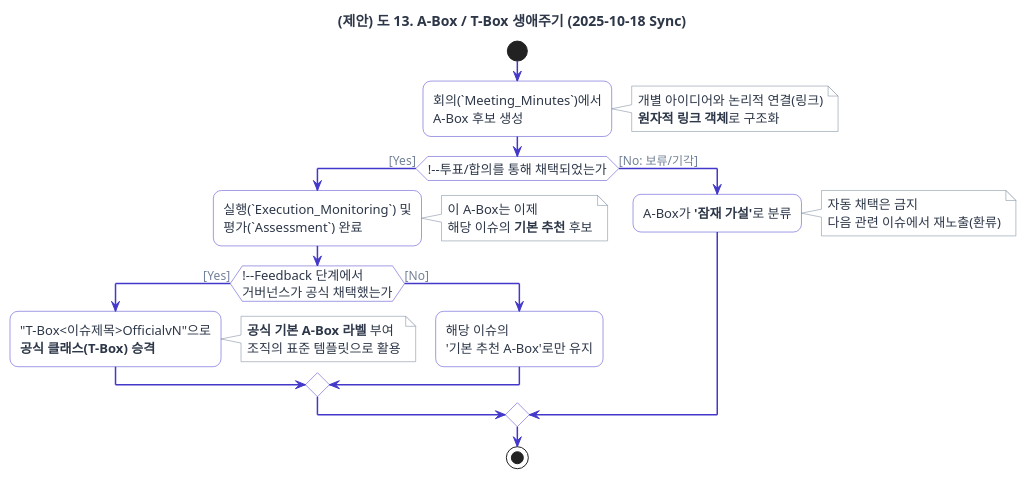
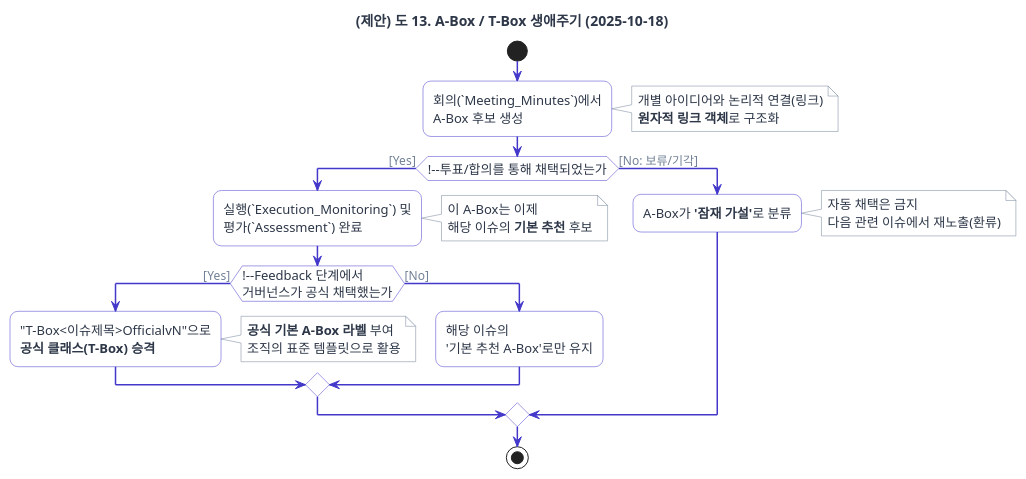
Before and after one commit to hamnYK/worflogyTemp: the diagram in diagrams/14_abox_tbox_lifecycle.puml, drawn with PlantUML. The commit also changed 14 other files, not shown here.

```diff
--- a/diagrams/14_abox_tbox_lifecycle.puml
+++ b/diagrams/14_abox_tbox_lifecycle.puml
@@ -1,123 +1,123 @@
 @startuml
 
-title (제안) 도 13. A-Box / T-Box 생애주기 (2025-10-18 Sync)
+title (제안) 도 13. A-Box / T-Box 생애주기 (2025-10-18)
 
 '================================================================
 ' Worflogy.com Website Theme for PlantUML
 '================================================================
 
 '// 1. 전역 스타일 (Global Style & Fonts) //
 skinparam backgroundColor #ffffff
 skinparam defaultFontName "Pretendard"
 skinparam defaultFontSize 13
 skinparam defaultFontColor #2D3748
 skinparam shadowing false
 skinparam roundCorner 16
 
 '// 2. 화살표 및 연결선 스타일 (Arrow & Connector Style) //
 skinparam ArrowColor #718096
 skinparam ArrowThickness 1.5
 skinparam ArrowFontColor #718096
 skinparam ArrowFontSize 12
 skinparam linetype ortho
 
 '// 3. 기본 요소 스타일 (Standard Elements Style) //
 skinparam card {
   BackgroundColor #ffffff
   BorderColor #718096
 }
 skinparam note {
   BackgroundColor #ffffff
   BorderColor #718096
   FontColor #2D3748
 }
 skinparam component {
   BackgroundColor #ffffff
   BorderColor #718096
 }
 skinparam package {
   BackgroundColor #ffffff
   BorderColor #718096
 }
 skinparam database {
   BackgroundColor #ffffff
   BorderColor #718096
 }
 ' [추가] 파티션(Partition) 스타일 정의
 skinparam partition {
   BackgroundColor #F4F6F8 ' 웹사이트의 연한 배경색으로 구분감 부여
   BorderColor #718096
   FontColor #2D3748
 }
 
 '// 4. 강조 요소 스타일 (Accent Elements Style) //
 skinparam actor {
   BackgroundColor #4338CA
   BorderColor #4338CA
   FontColor #ffffff
 }
 skinparam participant {
   BackgroundColor #4338CA
   BorderColor #4338CA
   FontColor #ffffff
 }
 skinparam usecase {
   BackgroundColor #ffffff
   BorderColor #4338CA
   ArrowColor #4338CA
 }
 skinparam activity {
   BackgroundColor #ffffff
   BorderColor #4338CA
   FontColor #2D3748
 }
 
 '// 5. 클래스 다이어그램 스타일 (Class Diagram Style) //
 skinparam class {
   BackgroundColor #ffffff
   BorderColor #718096 ' [수정] 테두리 색상 변경
   HeaderBackgroundColor #4338CA
   FontColor #ffffff
   AttributeFontColor #2D3748
   AttributeFontSize 12
 }
 
 '================================================================
 
 ' Flow
 start
 
 :회의(`Meeting_Minutes`)에서\nA-Box 후보 생성;
 note right
 개별 아이디어와 논리적 연결(링크)
 **원자적 링크 객체**로 구조화
 end note
 
 if (!--투표/합의를 통해 채택되었는가) then ([Yes])
   :실행(`Execution_Monitoring`) 및\n평가(`Assessment`) 완료;
   note right
   이 A-Box는 이제
   해당 이슈의 **기본 추천** 후보
   end note
 
   if (!--Feedback 단계에서\n거버넌스가 공식 채택했는가) then ([Yes])
     :"T-Box<이슈제목>OfficialvN"으로\n**공식 클래스(T-Box) 승격**;
     note right
     **공식 기본 A-Box 라벨** 부여
     조직의 표준 템플릿으로 활용
     end note
   else ([No])
     :해당 이슈의\n'기본 추천 A-Box'로만 유지;
   endif
 
 else ([No: 보류/기각])
   :A-Box가 **'잠재 가설'**로 분류;
   note right
   자동 채택은 금지
   다음 관련 이슈에서 재노출(환류)
   end note
 endif
 
 stop
 
 @enduml
```
